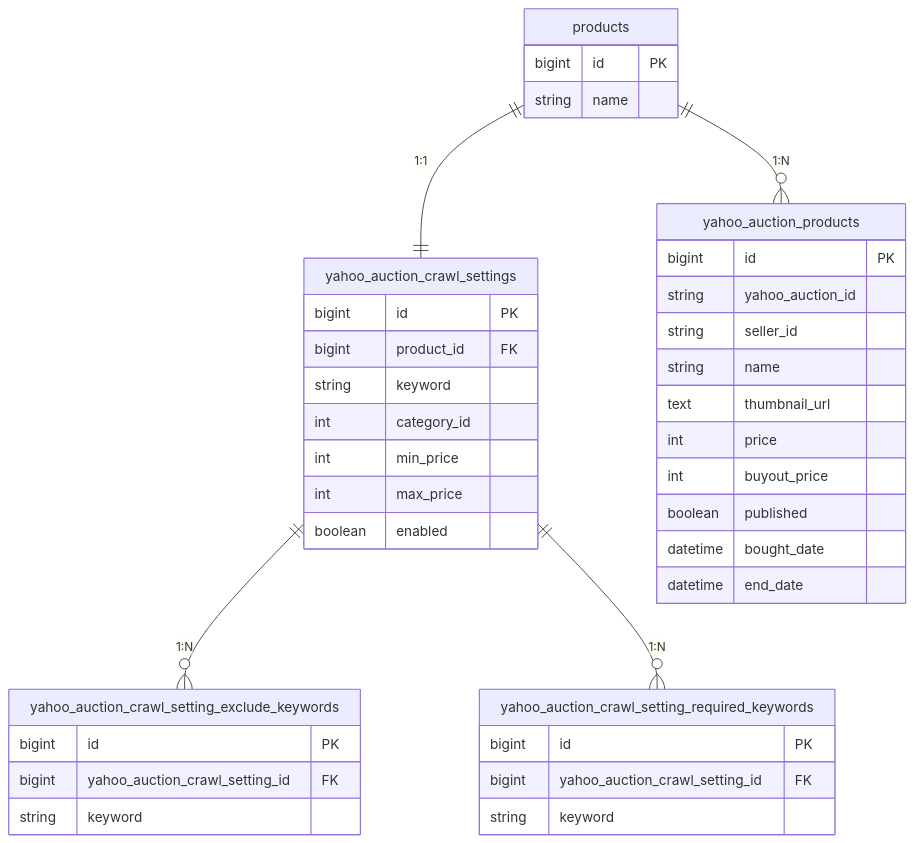
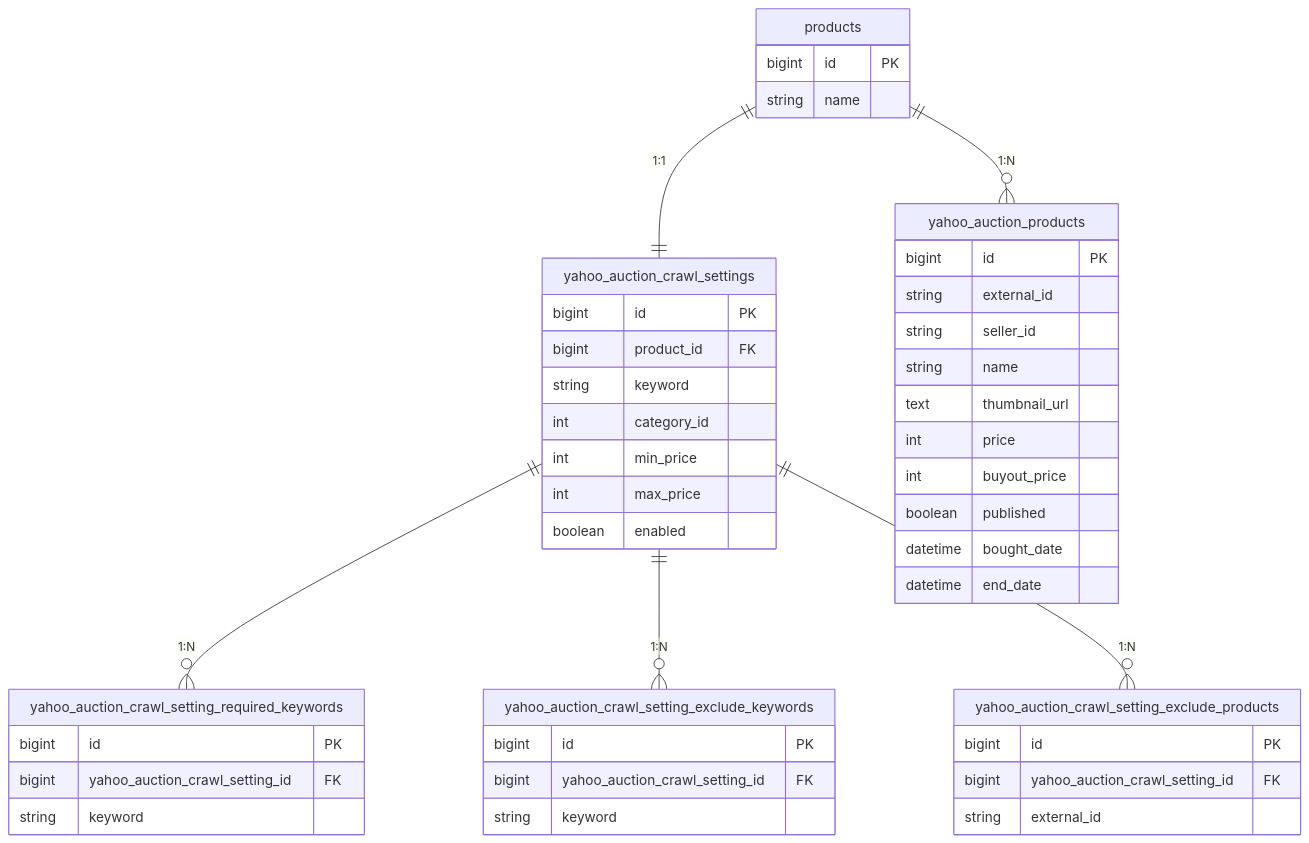
Before and after one commit to kuroweb/price-monitoring: the second of 9 diagrams in README.md, drawn with Mermaid. The commit also changed other lines of this file, not shown here.

````diff
--- a/README.md
+++ b/README.md
@@ -81,43 +81,49 @@
 ```mermaid
 erDiagram
   products {
     bigint id PK
     string name
   }
   yahoo_auction_crawl_settings {
     bigint id PK
     bigint product_id FK
     string keyword
     int category_id
     int min_price
     int max_price
     boolean enabled
   }
+  yahoo_auction_crawl_setting_required_keywords {
+    bigint id PK
+    bigint yahoo_auction_crawl_setting_id FK
+    string keyword
+  }
   yahoo_auction_crawl_setting_exclude_keywords {
     bigint id PK
     bigint yahoo_auction_crawl_setting_id FK
     string keyword
   }
-  yahoo_auction_crawl_setting_required_keywords {
+  yahoo_auction_crawl_setting_exclude_products {
     bigint id PK
     bigint yahoo_auction_crawl_setting_id FK
-    string keyword
+    string external_id
   }
   yahoo_auction_products {
     bigint id PK
-    string yahoo_auction_id
+    string external_id
     string seller_id
     string name
     text thumbnail_url
     int price
     int buyout_price
     boolean published
     datetime bought_date
     datetime end_date
   }
 
   products ||--|| yahoo_auction_crawl_settings : "1:1"
+  yahoo_auction_crawl_settings ||--o{ yahoo_auction_crawl_setting_required_keywords : "1:N"
   yahoo_auction_crawl_settings ||--o{ yahoo_auction_crawl_setting_exclude_keywords : "1:N"
-  yahoo_auction_crawl_settings ||--o{ yahoo_auction_crawl_setting_required_keywords : "1:N"
+  yahoo_auction_crawl_settings ||--o{ yahoo_auction_crawl_setting_exclude_products : "1:N"
   products ||--o{ yahoo_auction_products : "1:N"
 ```
````
